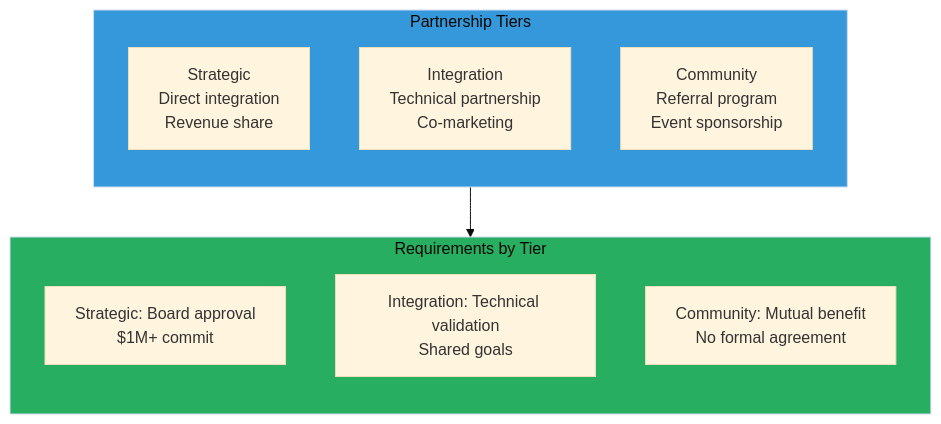
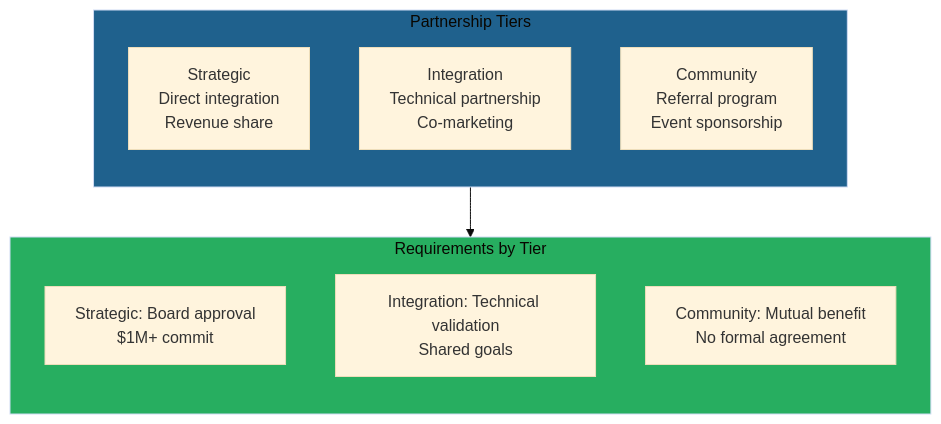
Before and after one commit to CipherOcto/cipherocto: the second of 3 diagrams in docs/05-growth/partnerships.md, drawn with Mermaid (base theme). The commit also changed 13 other files, not shown here.

First line of the commit message:
Improve Mermaid diagram accessibility: Fix color contrast

````diff
--- a/docs/05-growth/partnerships.md
+++ b/docs/05-growth/partnerships.md
@@ -189,21 +189,21 @@
 ```mermaid
 graph TB
     subgraph TIERS["Partnership Tiers"]
         direction TB
         T1[Strategic<br/>Direct integration<br/>Revenue share]
         T2[Integration<br/>Technical partnership<br/>Co-marketing]
         T3[Community<br/>Referral program<br/>Event sponsorship]
     end
 
     subgraph REQUIREMENTS["Requirements by Tier"]
         direction TB
         R1[Strategic: Board approval<br/>$1M+ commit]
         R2[Integration: Technical validation<br/>Shared goals]
         R3[Community: Mutual benefit<br/>No formal agreement]
     end
 
     TIERS --> REQUIREMENTS
 
-    style TIERS fill:#3498db
+    style TIERS fill:#1f618d
     style REQUIREMENTS fill:#27ae60
 ```
````
